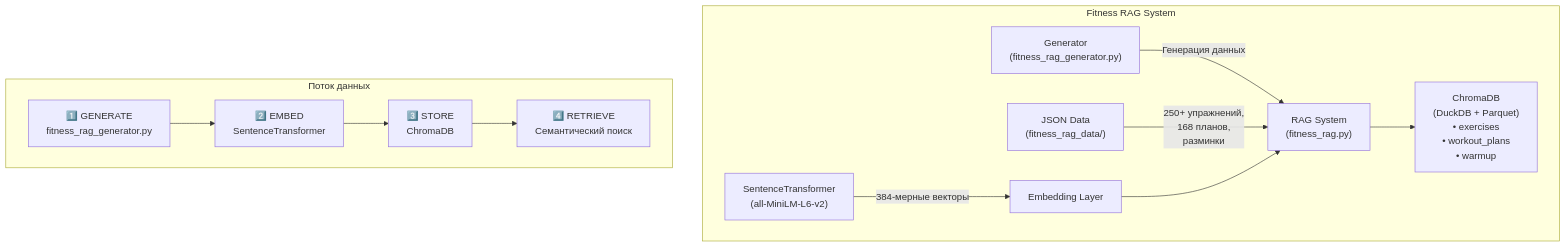
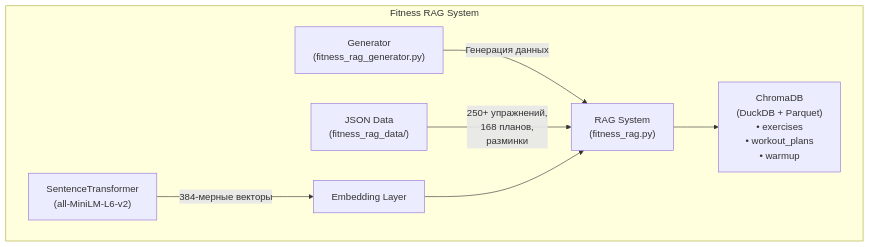
Before and after one commit to po42pi-star/generator_rag_data: the first of 2 diagrams in README.md, drawn with Mermaid.

````diff
--- a/README.md
+++ b/README.md
@@ -176,17 +176,10 @@
 ```mermaid
 flowchart TD
     subgraph "Fitness RAG System"
         A["Generator\n(fitness_rag_generator.py)"] -->|Генерация данных| B["RAG System\n(fitness_rag.py)"]
         C["JSON Data\n(fitness_rag_data/)"] -->|250+ упражнений,\n168 планов,\nразминки| B
         D["SentenceTransformer\n(all-MiniLM-L6-v2)"] -->|384-мерные векторы| E["Embedding Layer"]
         E --> B
         B --> F["ChromaDB\n(DuckDB + Parquet)\n• exercises\n• workout_plans\n• warmup"]
     end
-
-    subgraph "Поток данных"
-        direction LR
-        G["1️⃣ GENERATE\nfitness_rag_generator.py"] --> H["2️⃣ EMBED\nSentenceTransformer"]
-        H --> I["3️⃣ STORE\nChromaDB"]
-        I --> J["4️⃣ RETRIEVE\nСемантический поиск"]
-    end
 ```
````
